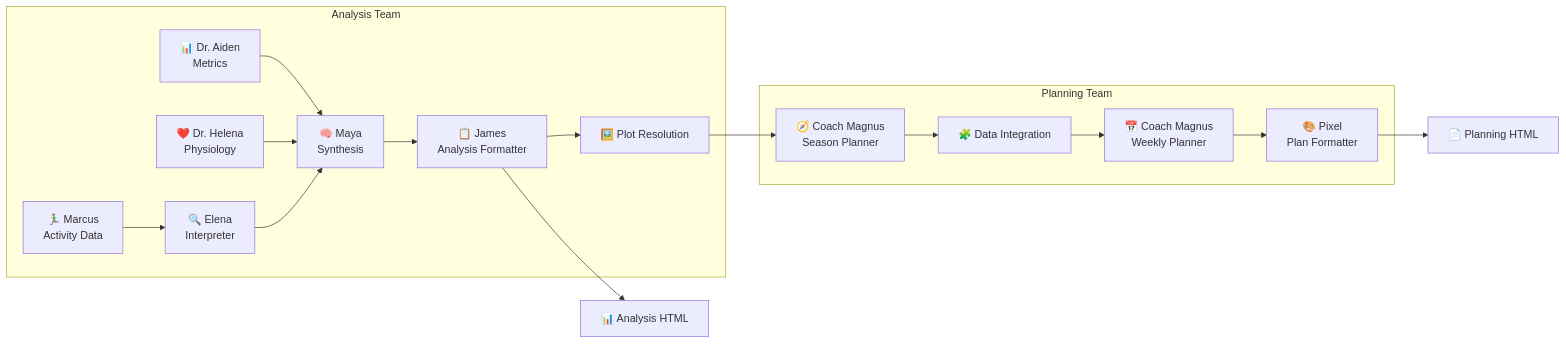
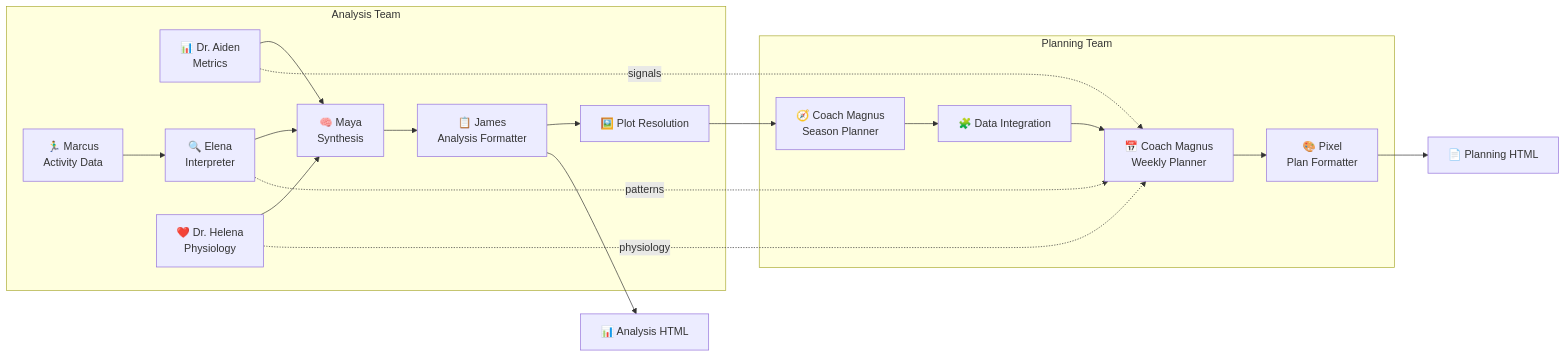
Before and after one commit to leonzzz435/garmin-ai-coach: the diagram in README.md, drawn with Mermaid.

Commit message:
corrected mermaid

````diff
--- a/README.md
+++ b/README.md
@@ -28,21 +28,29 @@
 ```mermaid
 flowchart LR
     subgraph Analysis Team
         A[📊 Dr. Aiden<br/>Metrics] --> E[🧠 Maya<br/>Synthesis]
         B[🏃‍♂️ Marcus<br/>Activity Data] --> C[🔍 Elena<br/>Interpreter]
         D[❤️ Dr. Helena<br/>Physiology] --> E
         C --> E
         E --> F[📋 James<br/>Analysis Formatter]
         F --> PR[🖼️ Plot Resolution]
     end
 
     subgraph Planning Team
         S[🧭 Coach Magnus<br/>Season Planner] --> DI[🧩 Data Integration]
         DI --> W[📅 Coach Magnus<br/>Weekly Planner]
         W --> PXF[🎨 Pixel<br/>Plan Formatter]
     end
 
+    %% Integrated flow from analysis to planning
+    PR --> S
+
+    %% Weekly planner consumes analysis results directly (kept simple)
+    A -. signals .-> W
+    C -. patterns .-> W
+    D -. physiology .-> W
+
+    %% Outputs
     F --> G1[📊 Analysis HTML]
-    PR --> S
     PXF --> G2[📄 Planning HTML]
 ```
````
